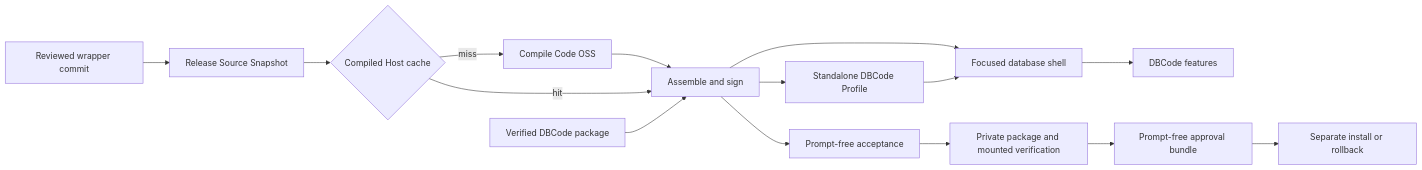
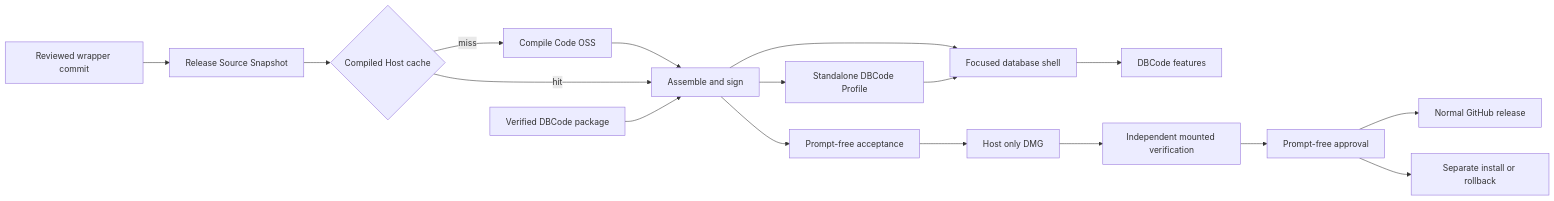
One commit to alexwck/dbcode-wrapper changed the diagram in wiki/OVERVIEW.md. Above: the diagram before and after it, drawn with Mermaid. The commit also changed other lines of this file and 16 other files, not shown here.

Commit message:
docs(wiki): document normal host release

````diff
--- a/wiki/OVERVIEW.md
+++ b/wiki/OVERVIEW.md
@@ -34,17 +36,19 @@
 ```mermaid
 flowchart LR
   U[Reviewed wrapper commit] --> S[Release Source Snapshot]
   S --> C{Compiled Host cache}
   C -->|miss| B[Compile Code OSS]
   B --> A[Assemble and sign]
   C -->|hit| A
   D[Verified DBCode package] --> A
   A --> P[Standalone DBCode Profile]
   A --> F[Focused database shell]
   P --> F
   F --> Q[DBCode features]
   A --> V[Prompt-free acceptance]
-  V --> R[Private package and mounted verification]
-  R --> G[Prompt-free approval bundle]
-  G --> I[Separate install or rollback]
+  V --> R[Host only DMG]
+  R --> G[Independent mounted verification]
+  G --> H[Prompt-free approval]
+  H --> N[Normal GitHub release]
+  H --> I[Separate install or rollback]
 ```
````
